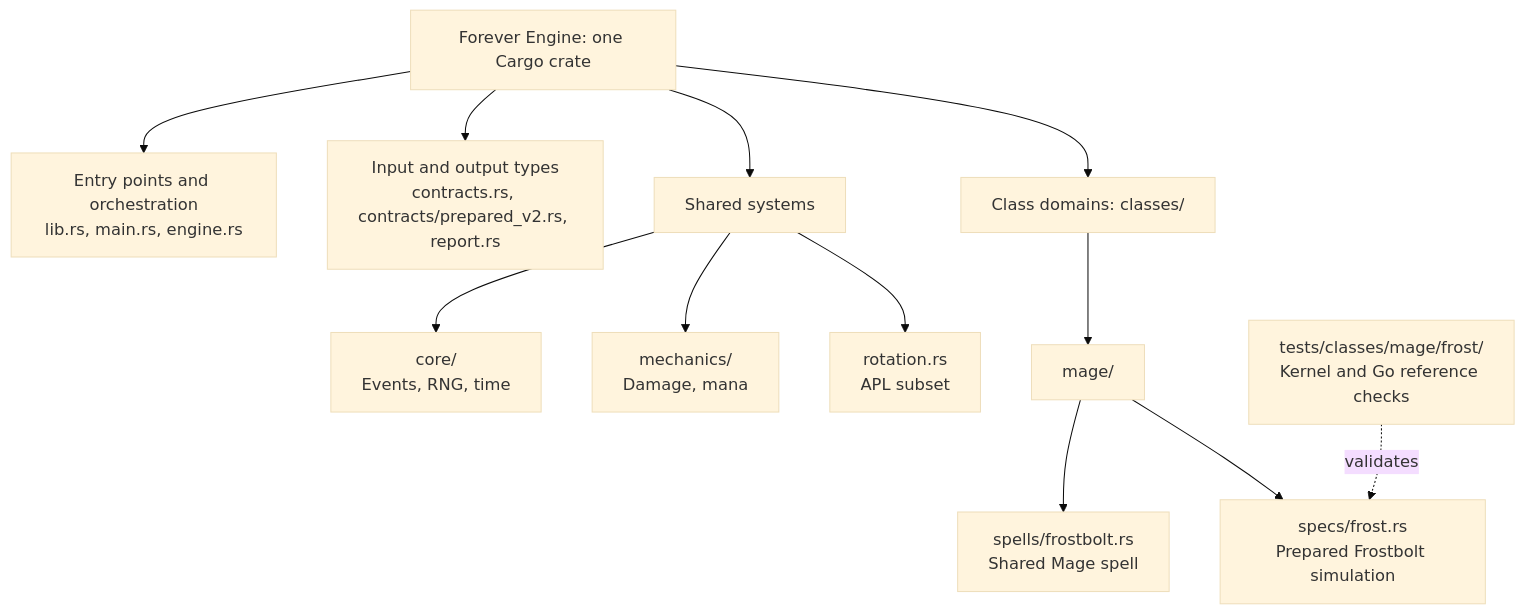
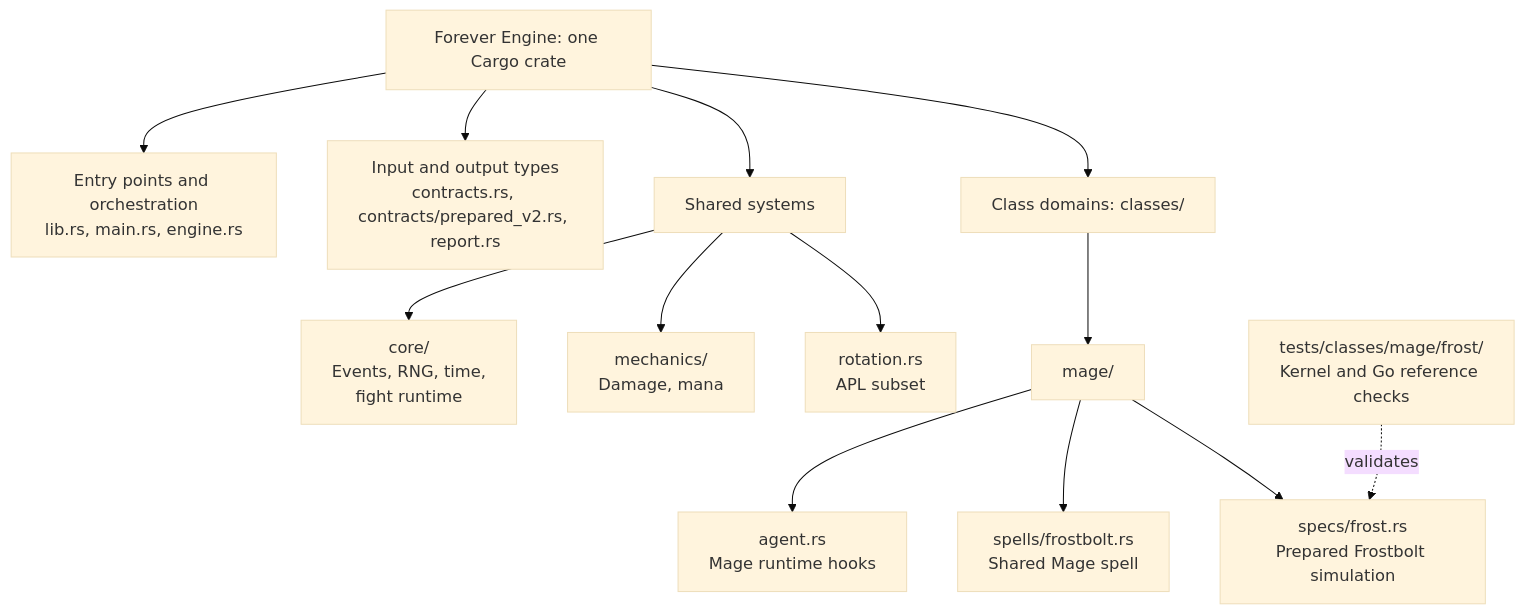
One commit to sage3648/mythicsim-forever-engine changed the diagram in README.md. Above: the diagram before and after it, drawn with Mermaid (base theme). The commit also changed other lines of this file and 48 other files, not shown here.

````diff
--- a/README.md
+++ b/README.md
@@ -55,15 +60,16 @@
 ```mermaid
 flowchart TD
     Crate["Forever Engine: one Cargo crate"]
     Crate --> Entry["Entry points and orchestration<br/>lib.rs, main.rs, engine.rs"]
     Crate --> Types["Input and output types<br/>contracts.rs, contracts/prepared_v2.rs, report.rs"]
     Crate --> Shared["Shared systems"]
     Crate --> Classes["Class domains: classes/"]
-    Shared --> Core["core/<br/>Events, RNG, time"]
+    Shared --> Core["core/<br/>Events, RNG, time,<br/>fight runtime"]
     Shared --> Mechanics["mechanics/<br/>Damage, mana"]
     Shared --> Rotation["rotation.rs<br/>APL subset"]
     Classes --> Mage["mage/"]
+    Mage --> Agent["agent.rs<br/>Mage runtime hooks"]
     Mage --> Spells["spells/frostbolt.rs<br/>Shared Mage spell"]
     Mage --> Frost["specs/frost.rs<br/>Prepared Frostbolt simulation"]
     Tests["tests/classes/mage/frost/<br/>Kernel and Go reference checks"] -. validates .-> Frost
 ```
````
